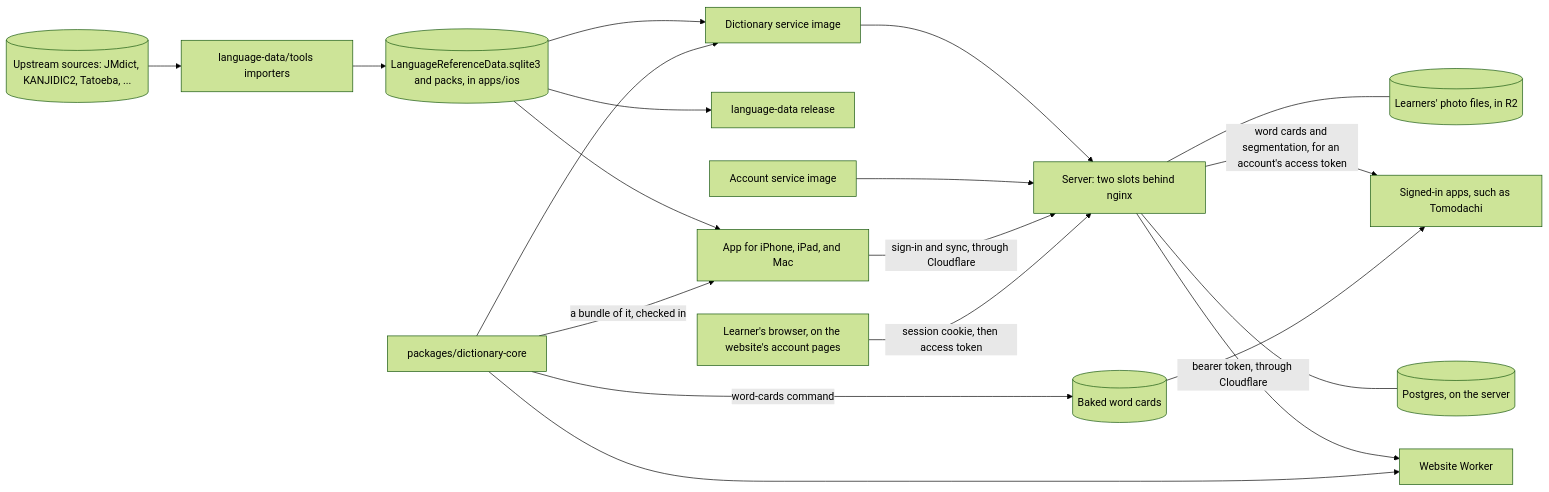
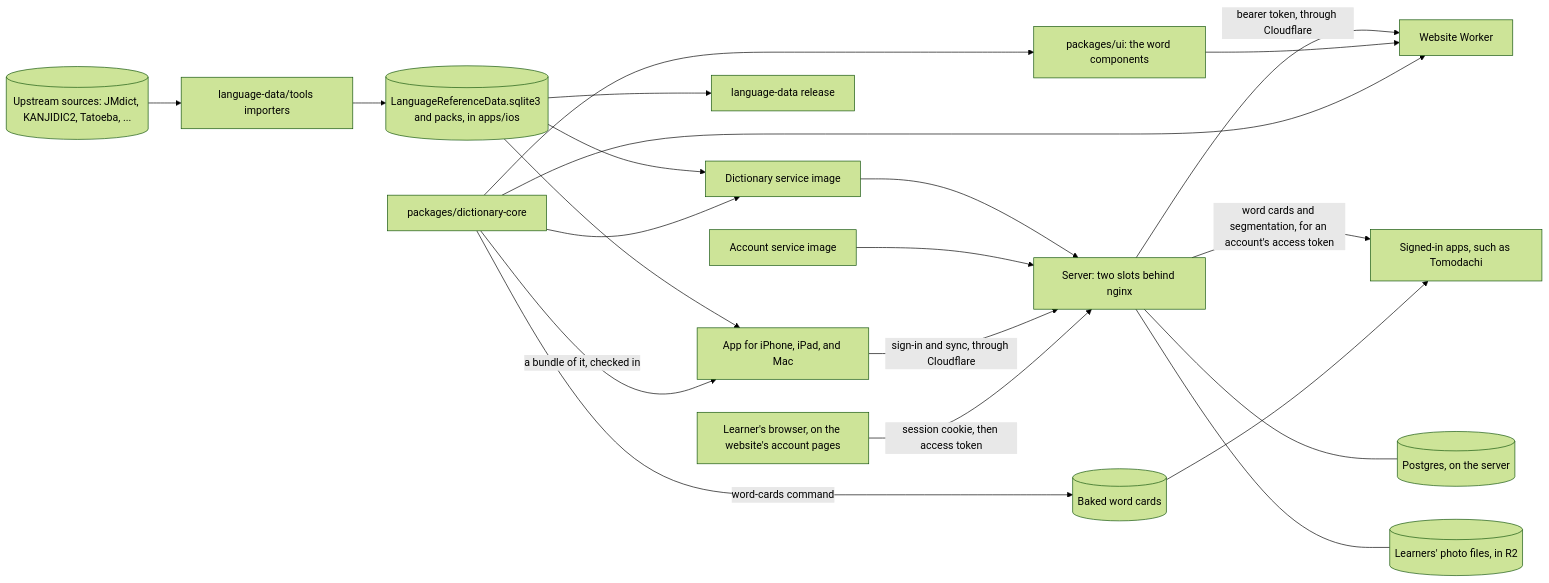
Before and after one commit to serpcompany/zenbujapanese-monorepo: the diagram in ARCHITECTURE.md, drawn with Mermaid (forest theme). The commit also changed other lines of this file and 26 other files, not shown here.

````diff
--- a/ARCHITECTURE.md
+++ b/ARCHITECTURE.md
@@ -23,21 +24,23 @@
 ```mermaid
 flowchart LR
     Sources[("Upstream sources: JMdict, KANJIDIC2, Tatoeba, ...")] --> Tools["language-data/tools importers"]
     Tools --> Data[("LanguageReferenceData.sqlite3 and packs, in apps/ios")]
     Data --> App["App for iPhone, iPad, and Mac"]
     Data --> Release["language-data release"]
     Data --> Image["Dictionary service image"]
     Core["packages/dictionary-core"] --> Image
     Core -->|"a bundle of it, checked in"| App
     Image --> Server["Server: two slots behind nginx"]
     Server -->|"bearer token, through Cloudflare"| Site["Website Worker"]
     Server -->|"word cards and segmentation, for an account's access token"| Apps["Signed-in apps, such as Tomodachi"]
+    Core --> UI["packages/ui: the word components"]
+    UI --> Site
     Core --> Site
     Core -->|"word-cards command"| Cards[("Baked word cards")]
     Cards --> Apps
     Accounts["Account service image"] --> Server
     App -->|"sign-in and sync, through Cloudflare"| Server
     Server --- Postgres[("Postgres, on the server")]
     Server --- Photos[("Learners' photo files, in R2")]
     Browser["Learner's browser, on the website's account pages"] -->|"session cookie, then access token"| Server
 ```
````
